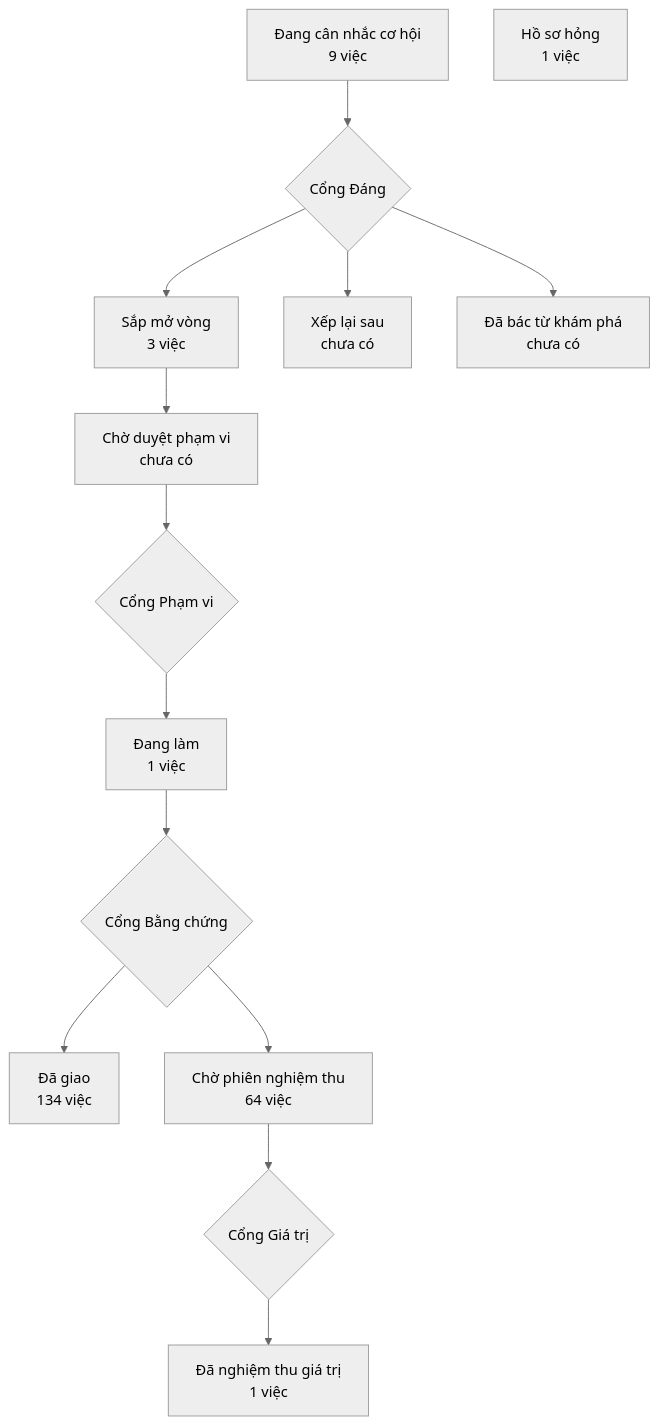
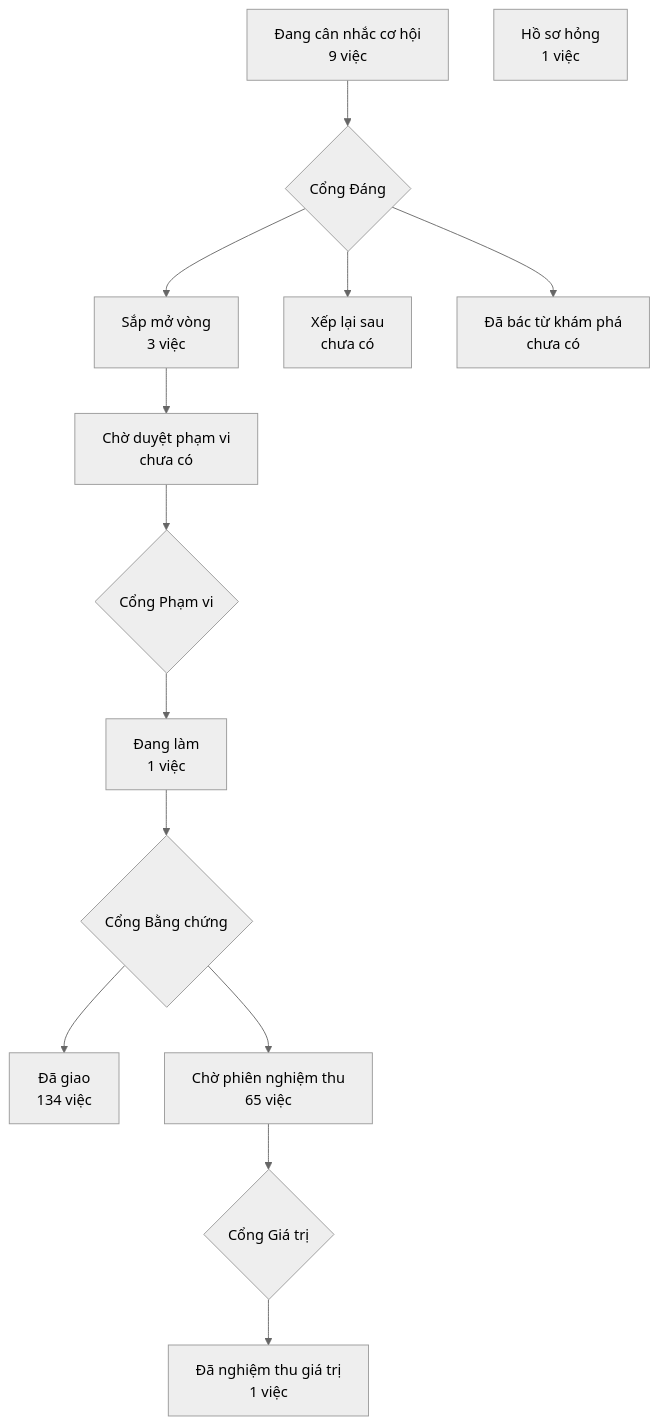
The diagram in PRODUCT-MAP.md (phanlemanh/crm-onehub), drawn with Mermaid (neutral theme) before and after one commit. The commit also changed other lines of this file and 1 other file, not shown here.

Commit message:
docs(khoa-eve-khong-tranh): ve lai ban do san pham

````diff
--- a/PRODUCT-MAP.md
+++ b/PRODUCT-MAP.md
@@ -7,13 +7,13 @@
 ```mermaid
 flowchart TD
   A["Đang cân nhắc cơ hội<br/>9 việc"] --> GD{"Cổng Đáng"}
   GD --> B["Sắp mở vòng<br/>3 việc"]
   GD --> XL["Xếp lại sau<br/>chưa có"]
   GD --> DB["Đã bác từ khám phá<br/>chưa có"]
   B --> CD["Chờ duyệt phạm vi<br/>chưa có"] --> GP{"Cổng Phạm vi"}
   GP --> DL["Đang làm<br/>1 việc"] --> GB{"Cổng Bằng chứng"}
   GB --> DG["Đã giao<br/>134 việc"]
-  GB --> CN["Chờ phiên nghiệm thu<br/>64 việc"] --> GG{"Cổng Giá trị"}
+  GB --> CN["Chờ phiên nghiệm thu<br/>65 việc"] --> GG{"Cổng Giá trị"}
   GG --> NT["Đã nghiệm thu giá trị<br/>1 việc"]
   HS["Hồ sơ hỏng<br/>1 việc"]
 ```
````
